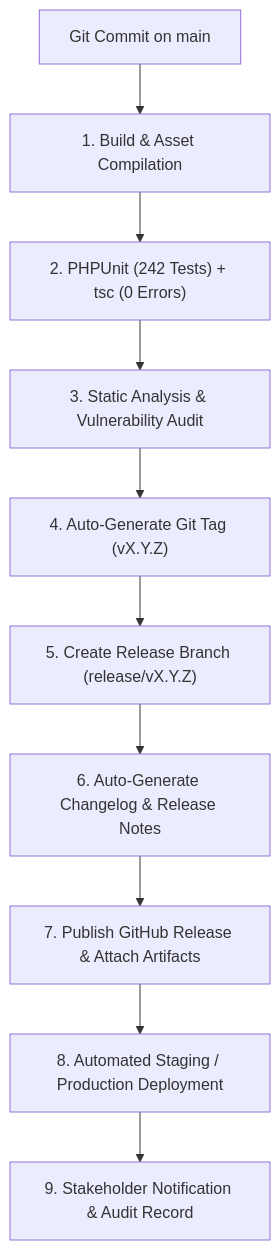
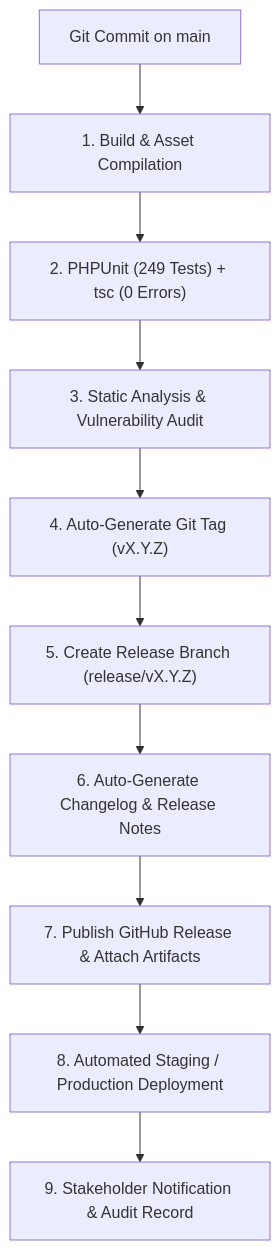
Before and after one commit to developer-somnath/sociosphere: the diagram in docs/ARCHITECTURE_AND_ROADMAP.md, drawn with Mermaid. The commit also changed other lines of this file and 226 other files, not shown here.

````diff
--- a/docs/ARCHITECTURE_AND_ROADMAP.md
+++ b/docs/ARCHITECTURE_AND_ROADMAP.md
@@ -34,12 +34,12 @@
 ```mermaid
 flowchart TD
     Commit["Git Commit on main"] --> CI_Build["1. Build & Asset Compilation"]
-    CI_Build --> CI_Test["2. PHPUnit (242 Tests) + tsc (0 Errors)"]
+    CI_Build --> CI_Test["2. PHPUnit (249 Tests) + tsc (0 Errors)"]
     CI_Test --> CI_Security["3. Static Analysis & Vulnerability Audit"]
     CI_Security --> CI_Tag["4. Auto-Generate Git Tag (vX.Y.Z)"]
     CI_Tag --> CI_Branch["5. Create Release Branch (release/vX.Y.Z)"]
     CI_Branch --> CI_Changelog["6. Auto-Generate Changelog & Release Notes"]
     CI_Changelog --> CI_GitHub["7. Publish GitHub Release & Attach Artifacts"]
     CI_GitHub --> CI_Deploy["8. Automated Staging / Production Deployment"]
     CI_Deploy --> CI_Notify["9. Stakeholder Notification & Audit Record"]
 ```
````
